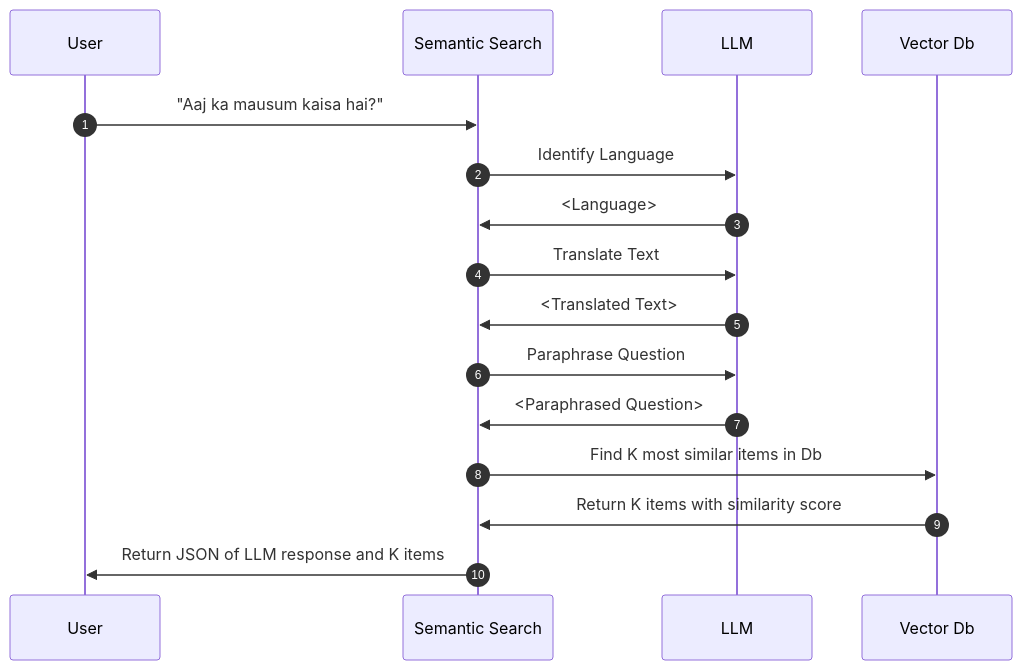
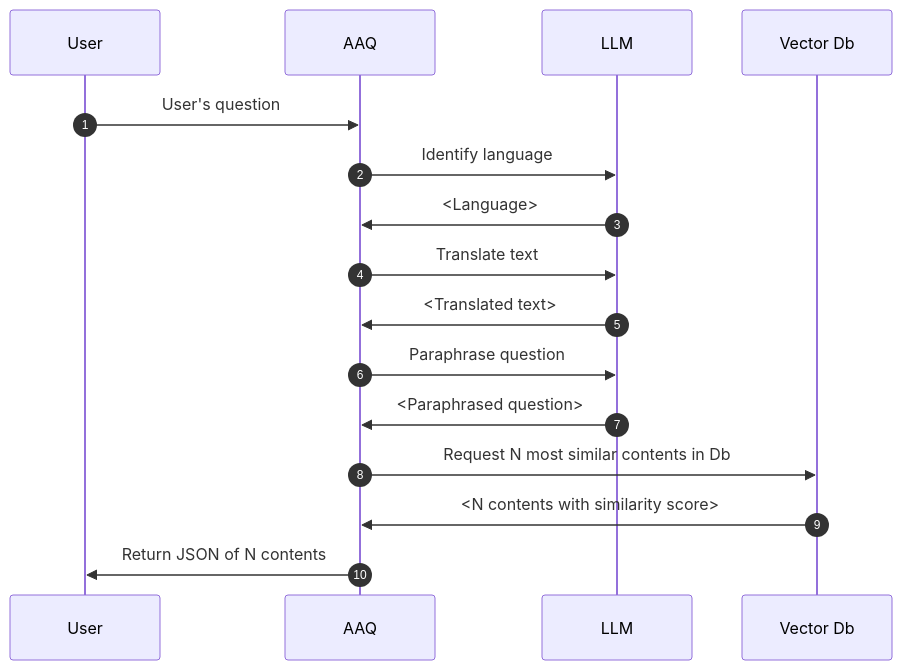
One commit to IDinsight/ask-a-question changed the diagram in docs/components/qa-service/semantic-search.md. Above: the diagram before and after it, drawn with Mermaid. The commit also changed other lines of this file and 1 other file, not shown here.

Commit message:
Fix inaccuracy/confusion in mermaid sequence diagrams

````diff
--- a/docs/components/qa-service/semantic-search.md
+++ b/docs/components/qa-service/semantic-search.md
@@ -11,15 +12,15 @@
-``` mermaid
+```mermaid
 sequenceDiagram
   autonumber
-  User->>Semantic Search: "Aaj ka mausum kaisa hai?"
-  Semantic Search->>LLM: Identify Language
-  LLM->>Semantic Search: <Language>
-  Semantic Search->>LLM: Translate Text
-  LLM->>Semantic Search: <Translated Text>
-  Semantic Search->>LLM: Paraphrase Question
-  LLM->>Semantic Search: <Paraphrased Question>
-  Semantic Search->>Vector Db: Find K most similar items in Db
-  Vector Db->>Semantic Search: Return K items with similarity score
-  Semantic Search->>User: Return JSON of LLM response and K items
+  User->>AAQ: User's question
+  AAQ->>LLM: Identify language
+  LLM->>AAQ: <Language>
+  AAQ->>LLM: Translate text
+  LLM->>AAQ: <Translated text>
+  AAQ->>LLM: Paraphrase question
+  LLM->>AAQ: <Paraphrased question>
+  AAQ->>Vector Db: Request N most similar contents in Db
+  Vector Db->>AAQ: <N contents with similarity score>
+  AAQ->>User: Return JSON of N contents
 
 ```
````
